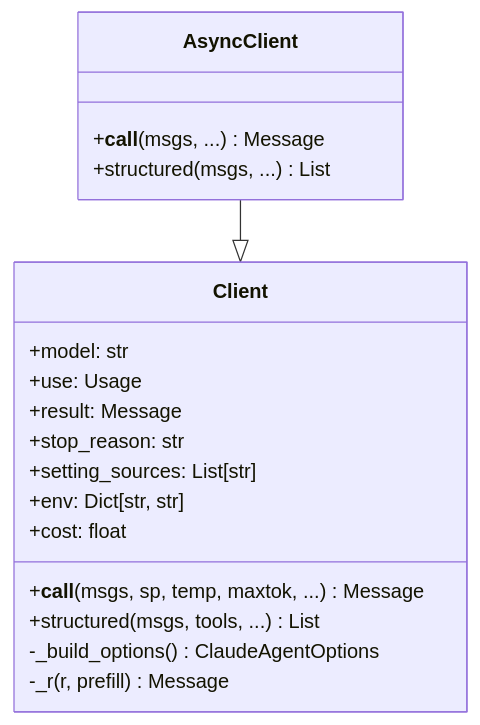
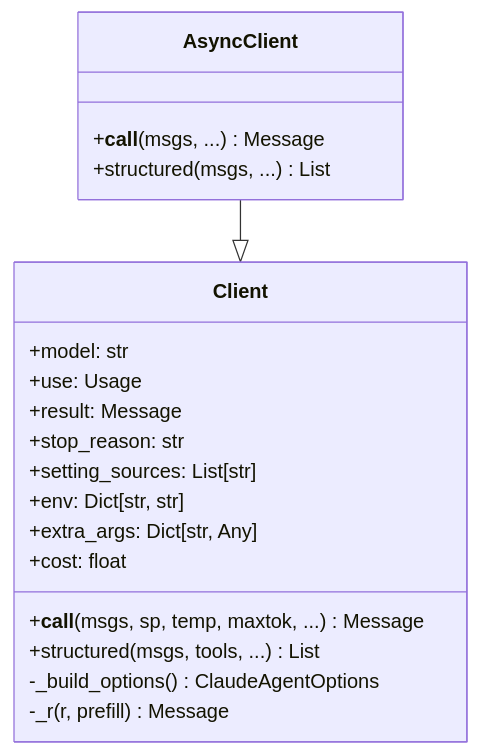
The second of 13 diagrams in docs/how_it_works.md (sgaseretto/claudette-agent), drawn with Mermaid before and after one commit. The commit also changed other lines of this file and 8 other files, not shown here.

First line of the commit message:
feat: add extra_args parameter for CLI argument passthrough (#5)

````diff
--- a/docs/how_it_works.md
+++ b/docs/how_it_works.md
@@ -49,23 +49,24 @@
 ```mermaid
 classDiagram
     class Client {
         +model: str
         +use: Usage
         +result: Message
         +stop_reason: str
         +setting_sources: List[str]
         +env: Dict[str, str]
+        +extra_args: Dict[str, Any]
         +__call__(msgs, sp, temp, maxtok, ...) Message
         +structured(msgs, tools, ...) List
         +cost: float
         -_build_options() ClaudeAgentOptions
         -_r(r, prefill) Message
     }
 
     class AsyncClient {
         +__call__(msgs, ...) Message
         +structured(msgs, ...) List
     }
 
     AsyncClient --|> Client
 ```
````
